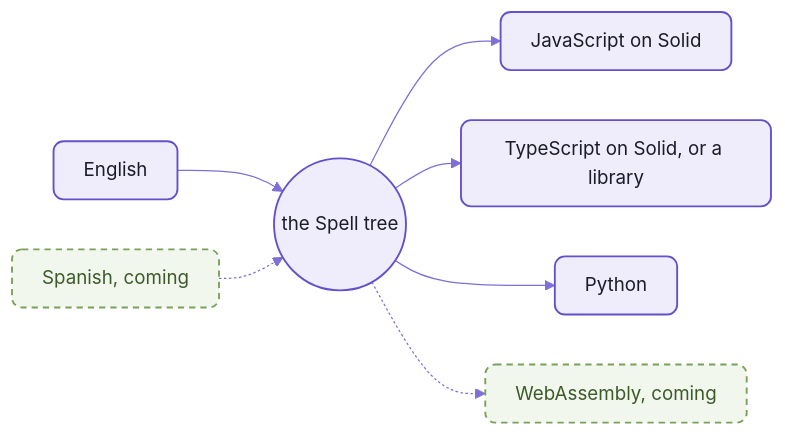
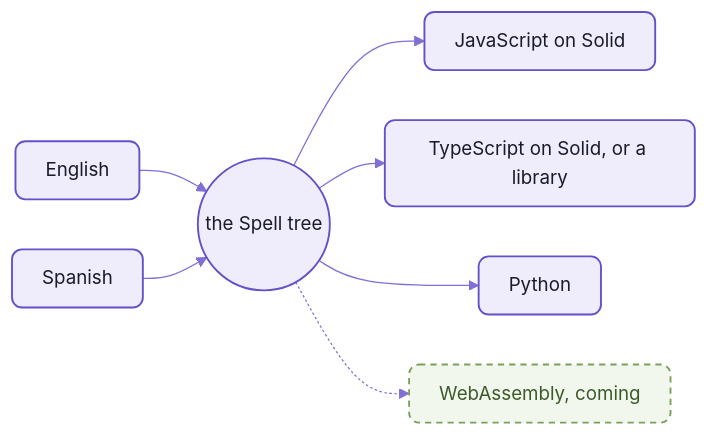
Before and after one commit to spell-app/spell: the first of 2 diagrams in parser/README.md, drawn with Mermaid. The commit also changed other lines of this file and 140 other files, not shown here.

````diff
--- a/parser/README.md
+++ b/parser/README.md
@@ -152,14 +152,14 @@
 ```mermaid
 %%{init: {"theme":"base","themeVariables":{"fontFamily":"-apple-system, BlinkMacSystemFont, Segoe UI, Helvetica, Arial, sans-serif","fontSize":"15px","primaryColor":"#EFECFB","primaryBorderColor":"#6550CA","primaryTextColor":"#1A1C27","secondaryColor":"#F4F1E9","tertiaryColor":"#F7F6FC","lineColor":"#7F6FD6","textColor":"#7F6FD6","clusterBkg":"#F7F6FC","clusterBorder":"#B9B0E8","titleColor":"#1A1C27","edgeLabelBackground":"#F7F6FC","actorBkg":"#EFECFB","actorBorder":"#6550CA","actorTextColor":"#1A1C27","actorLineColor":"#9C90DE","signalColor":"#7F6FD6","signalTextColor":"#7F6FD6","labelBoxBkgColor":"#EFECFB","labelBoxBorderColor":"#6550CA","labelTextColor":"#1A1C27","loopTextColor":"#7F6FD6","noteBkgColor":"#F1E7D4","noteBorderColor":"#C9B48A","noteTextColor":"#1A1C27","activationBkgColor":"#DCD6F7","activationBorderColor":"#6550CA","sequenceNumberColor":"#FFFFFF"},"flowchart":{"curve":"basis","padding":12,"nodeSpacing":40,"rankSpacing":44}}}%%
 flowchart LR
   en[English] --> tree((the Spell tree))
-  es[Spanish, coming] -.-> tree
+  es[Spanish] --> tree
   tree --> js[JavaScript on Solid]
   tree --> ts[TypeScript on Solid, or a library]
   tree --> py[Python]
   tree -.-> wasm[WebAssembly, coming]
   %% the Spell look:  yarn mermaid:pretty
   classDef default fill:#EFECFB,stroke:#6550CA,stroke-width:1.5px,color:#1A1C27,rx:8px,ry:8px
   classDef coming fill:#F2F7EE,stroke:#7BA05B,stroke-width:1.5px,stroke-dasharray:5 4,color:#3D5A2A,rx:8px,ry:8px
-  class es,wasm coming
+  class wasm coming
 ```
````
